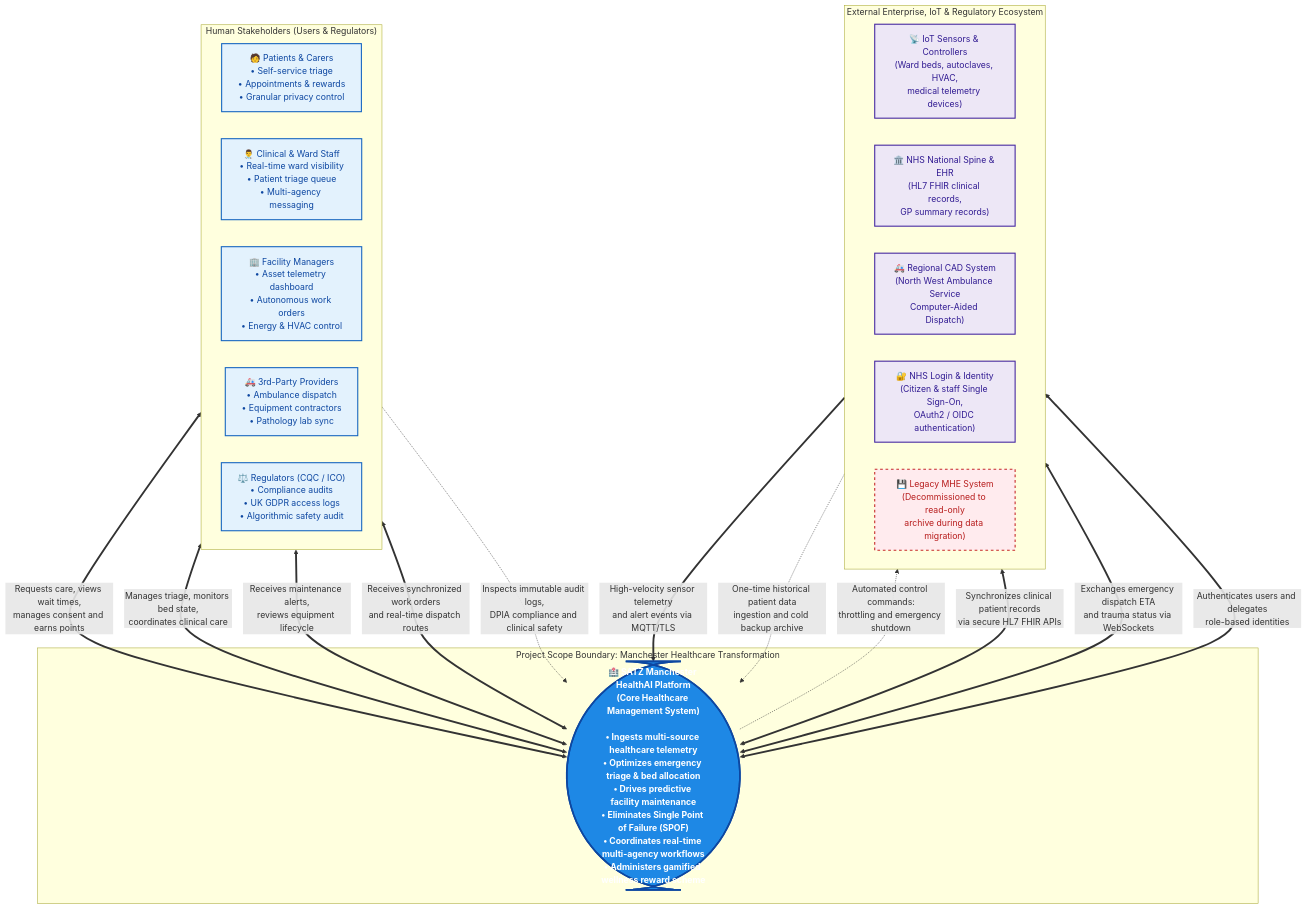
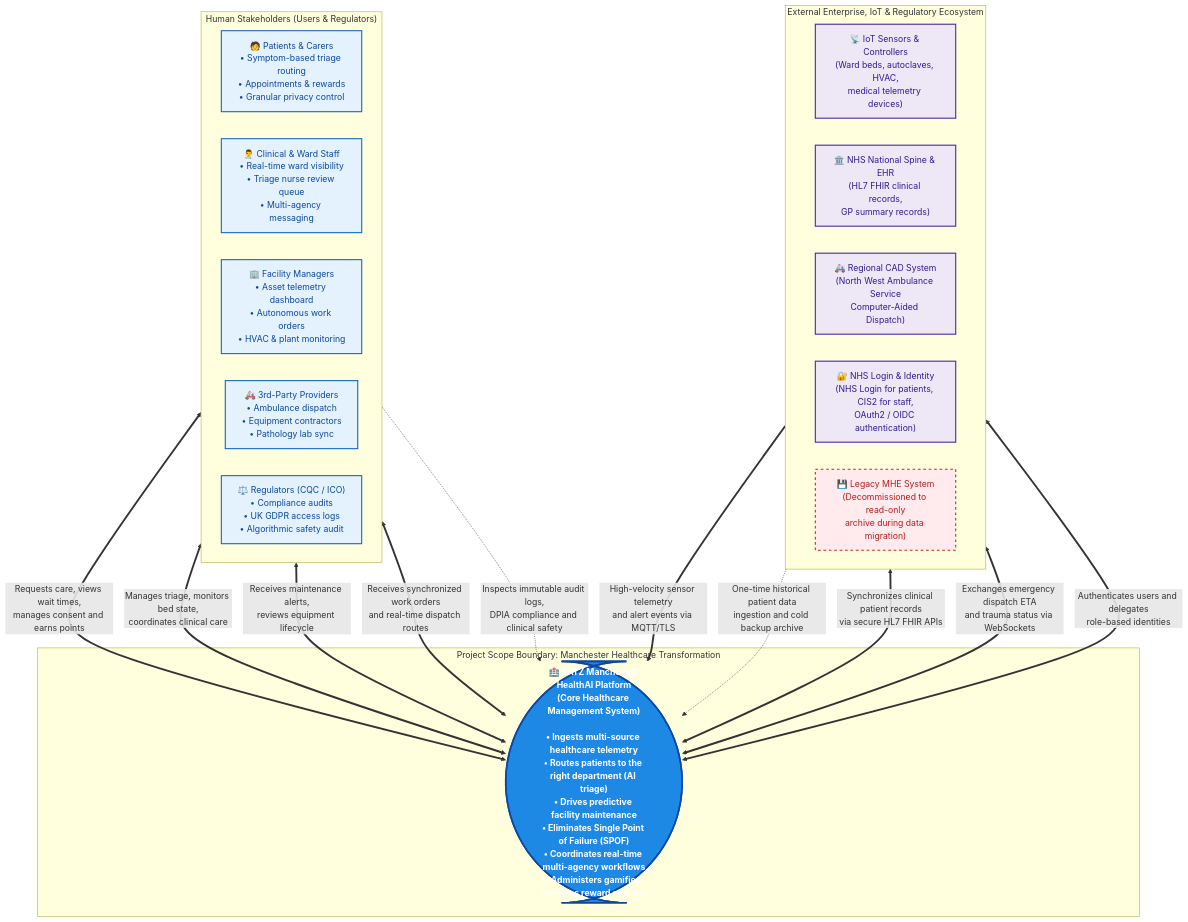
Before and after one commit to moenguyenx/COMP1833-SoftwareQualityManagement: the diagram in 07 - Diagrams & Visual Models/Diagram 0 - Core System Context Diagram.md, drawn with Mermaid. The commit also changed other lines of this file and 8 other files, not shown here.

First line of the commit message:
Revise F1/F2 architectural blocks and align Part 1.1 diagrams

````diff
--- a/07 - Diagrams & Visual Models/Diagram 0 - Core System Context Diagram.md
+++ b/07 - Diagrams & Visual Models/Diagram 0 - Core System Context Diagram.md
@@ -11,49 +11,48 @@
 ```mermaid
 flowchart TB
     %% STYLING AND THEMES
     classDef coreStyle fill:#1e88e5,stroke:#0d47a1,stroke-width:3px,color:#ffffff,font-weight:bold;
     classDef personStyle fill:#e3f2fd,stroke:#1565c0,stroke-width:2px,color:#0d47a1;
     classDef externalStyle fill:#ede7f6,stroke:#4527a0,stroke-width:2px,color:#311b92;
     classDef legacyStyle fill:#ffebee,stroke:#c62828,stroke-width:2px,stroke-dasharray: 5 5,color:#b71c1c;
 
     %% TOP: HUMAN STAKEHOLDERS (PEOPLE)
     subgraph Stakeholders ["Human Stakeholders (Users & Regulators)"]
         direction LR
-        P_Patient["🧑 Patients & Carers\n• Self-service triage\n• Appointments & rewards\n• Granular privacy control"]:::personStyle
-        P_Staff["👨‍⚕️ Clinical & Ward Staff\n• Real-time ward visibility\n• Patient triage queue\n• Multi-agency messaging"]:::personStyle
-        P_Facility["🏢 Facility Managers\n• Asset telemetry dashboard\n• Autonomous work orders\n• Energy & HVAC control"]:::personStyle
+        P_Patient["🧑 Patients & Carers\n• Symptom-based triage routing\n• Appointments & rewards\n• Granular privacy control"]:::personStyle
+        P_Staff["👨‍⚕️ Clinical & Ward Staff\n• Real-time ward visibility\n• Triage nurse review queue\n• Multi-agency messaging"]:::personStyle
+        P_Facility["🏢 Facility Managers\n• Asset telemetry dashboard\n• Autonomous work orders\n• HVAC & plant monitoring"]:::personStyle
         P_Provider["🚑 3rd-Party Providers\n• Ambulance dispatch\n• Equipment contractors\n• Pathology lab sync"]:::personStyle
         P_Regulator["⚖️ Regulators (CQC / ICO)\n• Compliance audits\n• UK GDPR access logs\n• Algorithmic safety audit"]:::personStyle
     end
 
     %% CENTER: CORE SYSTEM (SYSTEM UNDER DESIGN)
     subgraph SystemBoundary ["Project Scope Boundary: Manchester Healthcare Transformation"]
-        CorePlatform(["🏥 SATZ Manchester HealthAI Platform\n(Core Healthcare Management System)\n\n• Ingests multi-source healthcare telemetry\n• Optimizes emergency triage & bed allocation\n• Drives predictive facility maintenance\n• Eliminates Single Point of Failure (SPOF)\n• Coordinates real-time multi-agency workflows\n• Administers gamified wellness reward scheme"]):::coreStyle
+        CorePlatform(["🏥 SATZ Manchester HealthAI Platform\n(Core Healthcare Management System)\n\n• Ingests multi-source healthcare telemetry\n• Routes patients to the right department (AI triage)\n• Drives predictive facility maintenance\n• Eliminates Single Point of Failure (SPOF)\n• Coordinates real-time multi-agency workflows\n• Administers gamified wellness reward scheme"]):::coreStyle
     end
 
     %% BOTTOM & SIDES: EXTERNAL ENTERPRISE & IOT SYSTEMS
     subgraph ExternalSystems ["External Enterprise, IoT & Regulatory Ecosystem"]
         direction LR
         Ext_IoT["📡 IoT Sensors & Controllers\n(Ward beds, autoclaves, HVAC,\nmedical telemetry devices)"]:::externalStyle
         Ext_NHS["🏛️ NHS National Spine & EHR\n(HL7 FHIR clinical records,\nGP summary records)"]:::externalStyle
         Ext_CAD["🚑 Regional CAD System\n(North West Ambulance Service\nComputer-Aided Dispatch)"]:::externalStyle
-        Ext_Auth["🔐 NHS Login & Identity\n(Citizen & staff Single Sign-On,\nOAuth2 / OIDC authentication)"]:::externalStyle
+        Ext_Auth["🔐 NHS Login & Identity\n(NHS Login for patients, CIS2 for staff,\nOAuth2 / OIDC authentication)"]:::externalStyle
         Ext_Legacy["💾 Legacy MHE System\n(Decommissioned to read-only\narchive during data migration)"]:::legacyStyle
     end
 
     %% INTERACTIONS: STAKEHOLDERS TO CORE SYSTEM
     P_Patient <==>|"Requests care, views wait times,<br/>manages consent and earns points"| CorePlatform
     P_Staff <==>|"Manages triage, monitors bed state,<br/>coordinates clinical care"| CorePlatform
     P_Facility <==>|"Receives maintenance alerts,<br/>reviews equipment lifecycle"| CorePlatform
     P_Provider <==>|"Receives synchronized work orders<br/>and real-time dispatch routes"| CorePlatform
     P_Regulator -.->|"Inspects immutable audit logs,<br/>DPIA compliance and clinical safety"| CorePlatform
 
     %% INTERACTIONS: CORE SYSTEM TO EXTERNAL SYSTEMS
     Ext_IoT ==>|"High-velocity sensor telemetry<br/>and alert events via MQTT/TLS"| CorePlatform
-    CorePlatform -.->|"Automated control commands:<br/>throttling and emergency shutdown"| Ext_IoT
 
     CorePlatform <==>|"Synchronizes clinical patient records<br/>via secure HL7 FHIR APIs"| Ext_NHS
     CorePlatform <==>|"Exchanges emergency dispatch ETA<br/>and trauma status via WebSockets"| Ext_CAD
     CorePlatform <==>|"Authenticates users and delegates<br/>role-based identities"| Ext_Auth
     Ext_Legacy -.->|"One-time historical patient data<br/>ingestion and cold backup archive"| CorePlatform
 ```
````
